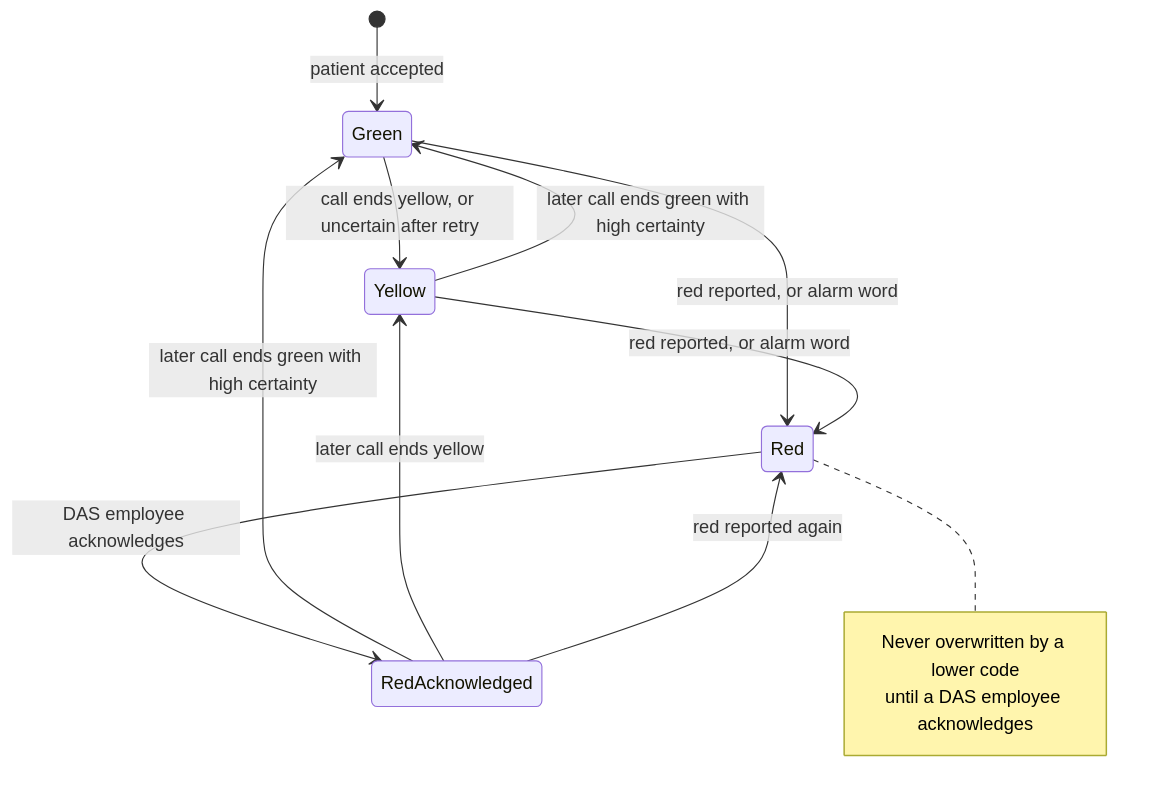
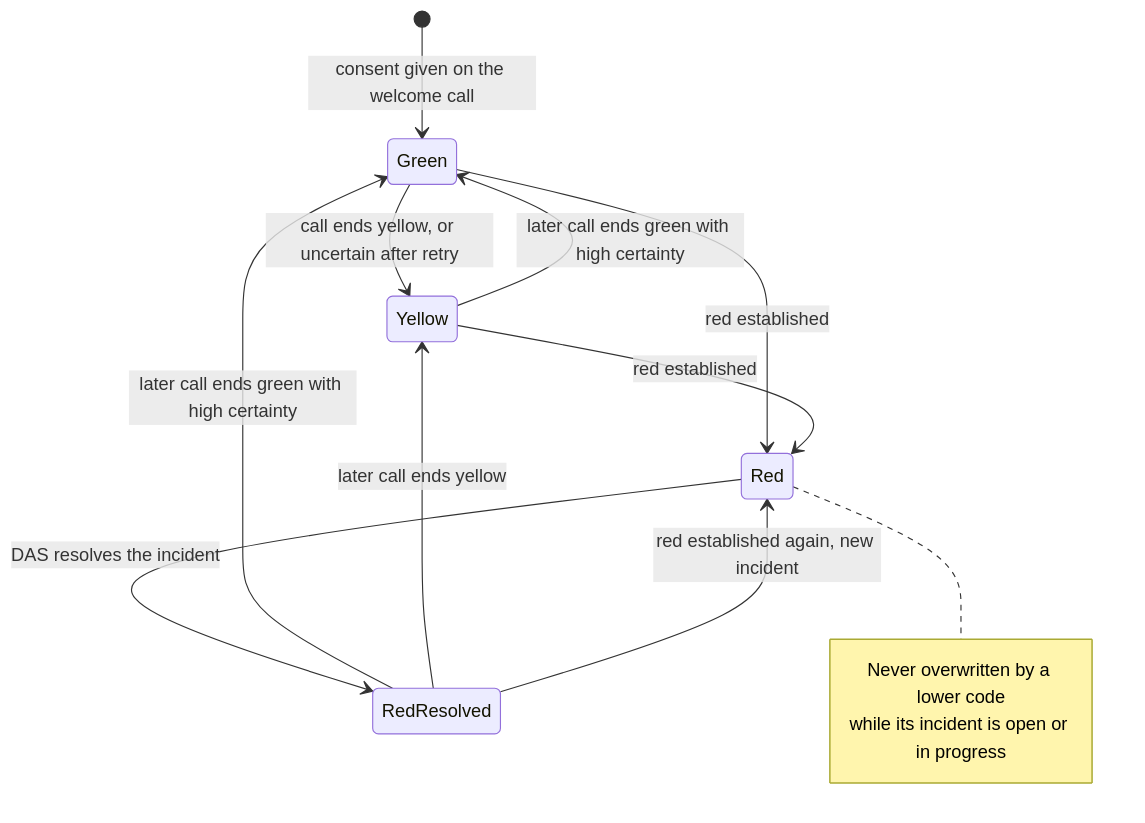
Before and after one commit to paulhondola/EchoCare: the second of 3 diagrams in docs/specs/sentinela/03-status-model.md, drawn with Mermaid. The commit also changed other lines of this file and 6 other files, not shown here.

First line of the commit message:
Revise Sentinela MVP architecture and rules

````diff
--- a/docs/specs/sentinela/03-status-model.md
+++ b/docs/specs/sentinela/03-status-model.md
@@ -143,16 +199,16 @@
 ```mermaid
 stateDiagram-v2
-    [*] --> Green: patient accepted
+    [*] --> Green: consent given on the welcome call
     Green --> Yellow: call ends yellow, or uncertain after retry
-    Green --> Red: red reported, or alarm word
+    Green --> Red: red established
     Yellow --> Green: later call ends green with high certainty
-    Yellow --> Red: red reported, or alarm word
-    Red --> RedAcknowledged: DAS employee acknowledges
-    RedAcknowledged --> Green: later call ends green with high certainty
-    RedAcknowledged --> Yellow: later call ends yellow
-    RedAcknowledged --> Red: red reported again
+    Yellow --> Red: red established
+    Red --> RedResolved: DAS resolves the incident
+    RedResolved --> Green: later call ends green with high certainty
+    RedResolved --> Yellow: later call ends yellow
+    RedResolved --> Red: red established again, new incident
     note right of Red
         Never overwritten by a lower code
-        until a DAS employee acknowledges
+        while its incident is open or in progress
     end note
 ```
````
